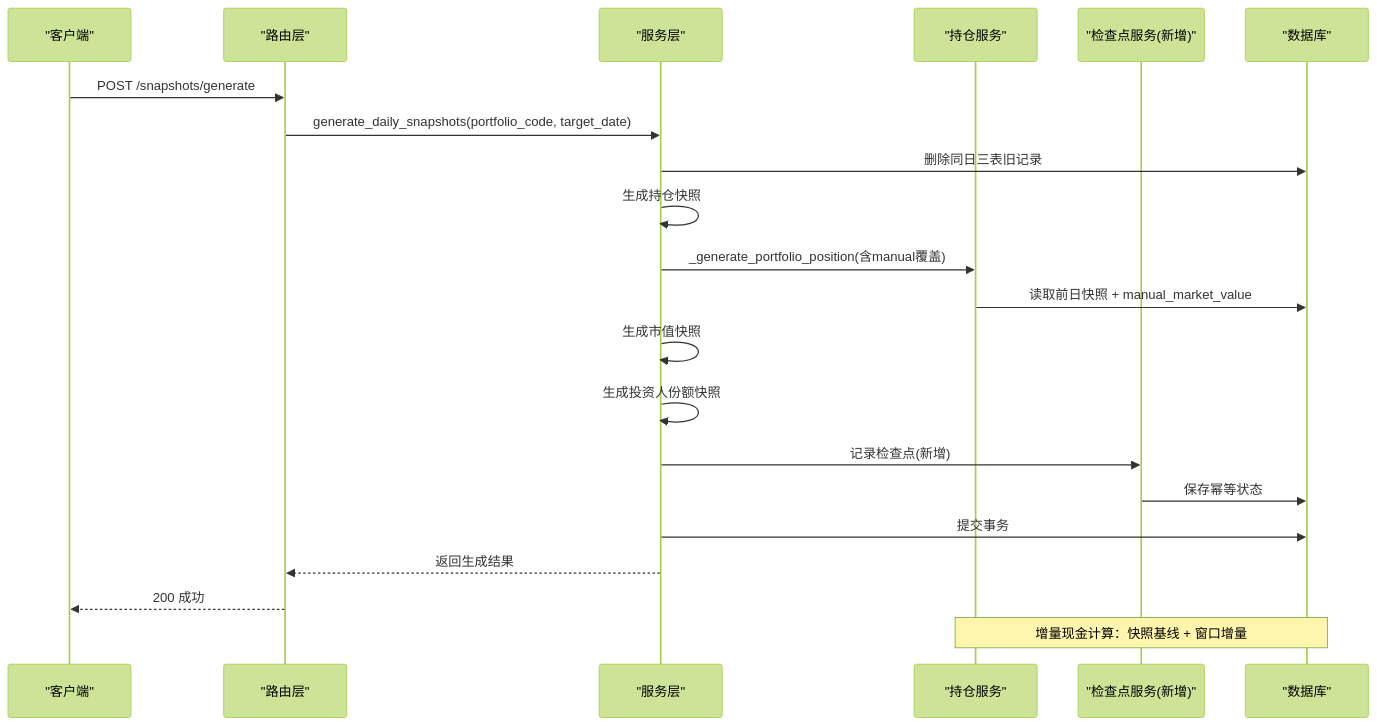
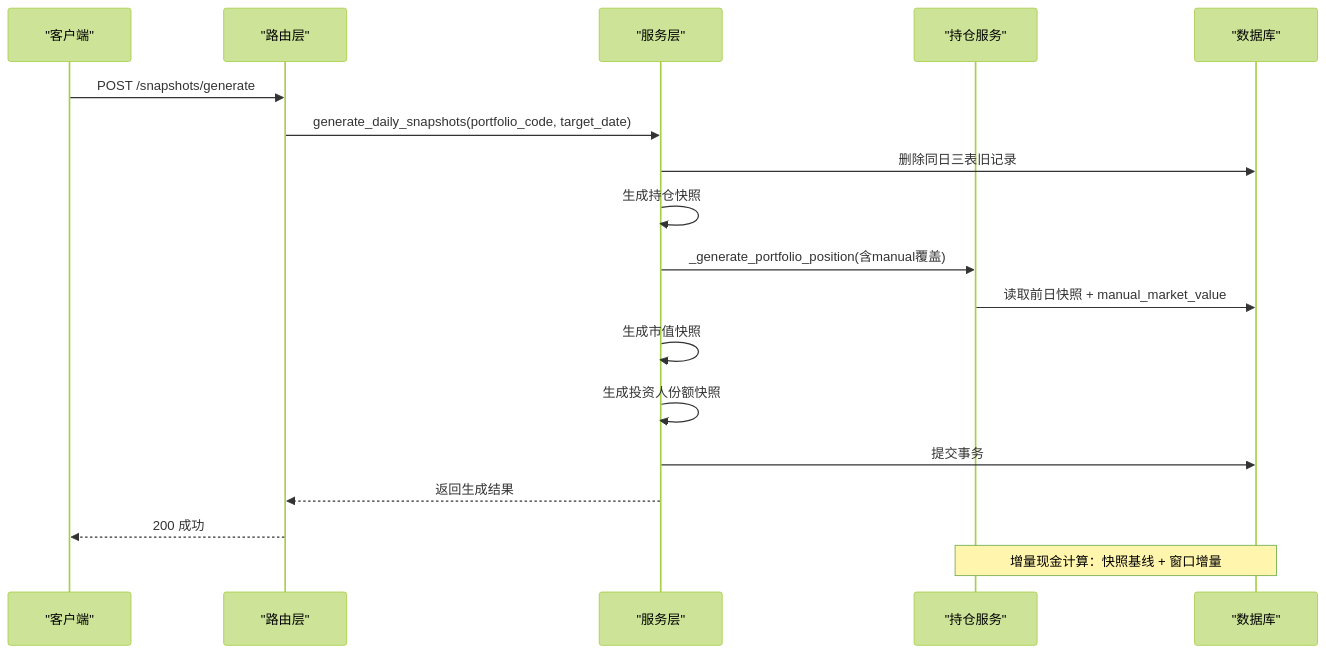
One commit to gujialind/InvestRing changed the second of 6 diagrams in .qoder/repowiki/zh/content/后端API文档/快照系统API.md. Above: the diagram before and after it, drawn with Mermaid (forest theme). The commit also changed other lines of this file and 65 other files, not shown here.

````diff
--- a/.qoder/repowiki/zh/content/后端API文档/快照系统API.md
+++ b/.qoder/repowiki/zh/content/后端API文档/快照系统API.md
@@ -137,23 +130,20 @@
 ```mermaid
 sequenceDiagram
 participant C as "客户端"
 participant RT as "路由层"
 participant SV as "服务层"
 participant PS as "持仓服务"
-participant CP as "检查点服务(新增)"
 participant DB as "数据库"
 C->>RT : POST /snapshots/generate
 RT->>SV : generate_daily_snapshots(portfolio_code, target_date)
 SV->>DB : 删除同日三表旧记录
 SV->>SV : 生成持仓快照
 SV->>PS : _generate_portfolio_position(含manual覆盖)
 PS->>DB : 读取前日快照 + manual_market_value
 SV->>SV : 生成市值快照
 SV->>SV : 生成投资人份额快照
-SV->>CP : 记录检查点(新增)
-CP->>DB : 保存幂等状态
 SV->>DB : 提交事务
 SV-->>RT : 返回生成结果
 RT-->>C : 200 成功
 Note over PS,DB : 增量现金计算：快照基线 + 窗口增量
 ```
````
